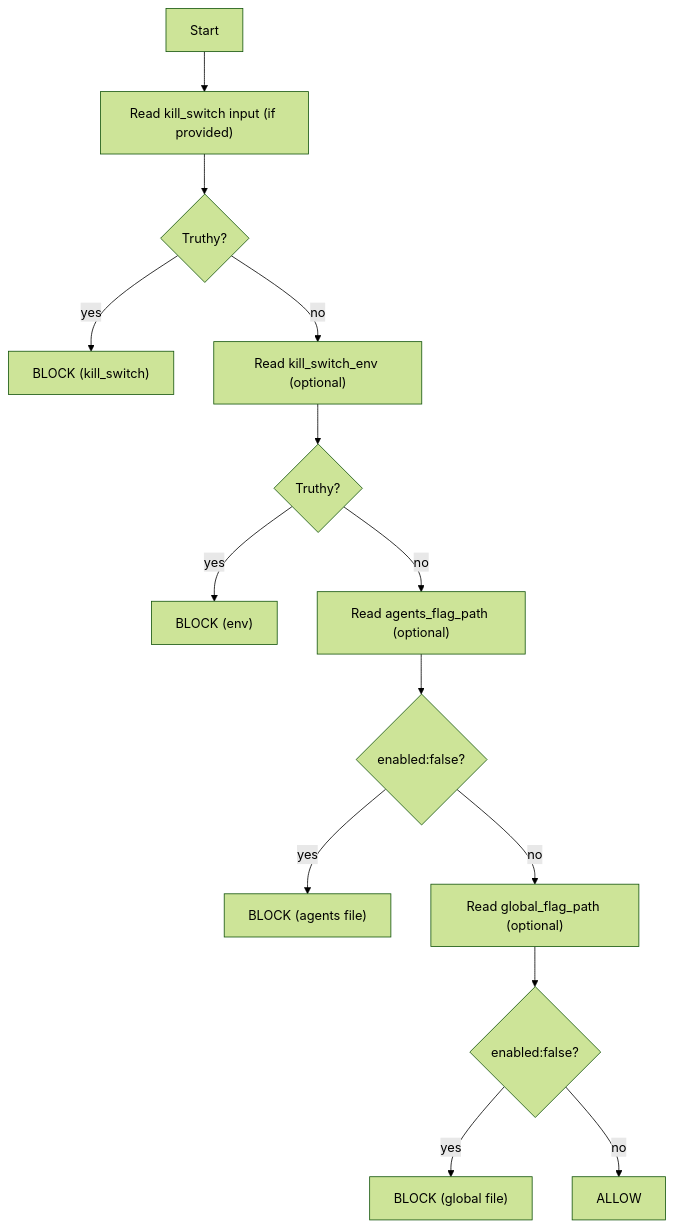
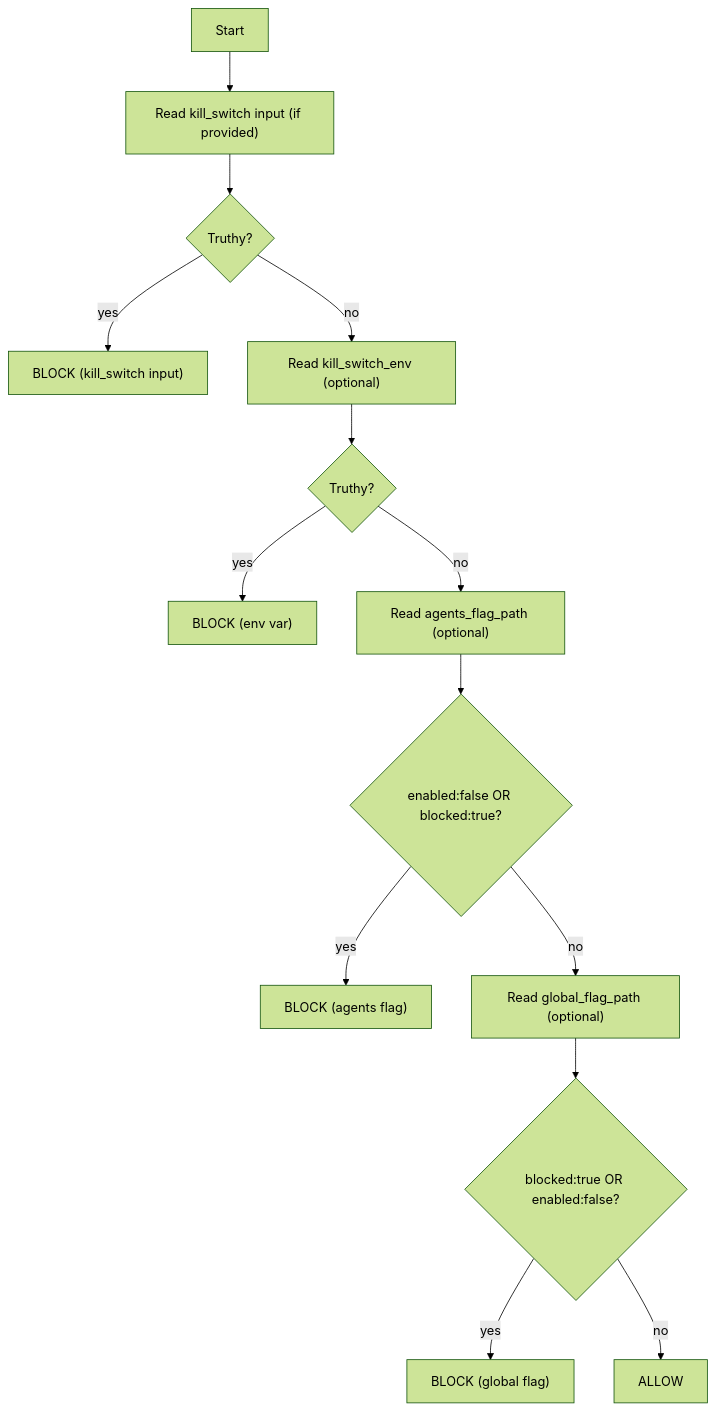
The diagram in .github/actions/check-kill-switch/README.md (bartytime4life/Kansas-Frontier-Matrix), drawn with Mermaid (forest theme) before and after one commit. The commit also changed other lines of this file, not shown here.

First line of the commit message:
Revise README for check-kill-switch action

````diff
--- a/.github/actions/check-kill-switch/README.md
+++ b/.github/actions/check-kill-switch/README.md
@@ -190,16 +223,16 @@
 ```mermaid
 flowchart TD
   A["Start"] --> B["Read kill_switch input (if provided)"]
   B --> C{"Truthy?"}
-  C -->|yes| STOP["BLOCK (kill_switch)"]
+  C -->|yes| STOP["BLOCK (kill_switch input)"]
   C -->|no| D["Read kill_switch_env (optional)"]
   D --> E{"Truthy?"}
-  E -->|yes| STOP2["BLOCK (env)"]
+  E -->|yes| STOP2["BLOCK (env var)"]
   E -->|no| F["Read agents_flag_path (optional)"]
-  F --> G{"enabled:false?"}
-  G -->|yes| STOP3["BLOCK (agents file)"]
+  F --> G{"enabled:false OR blocked:true?"}
+  G -->|yes| STOP3["BLOCK (agents flag)"]
   G -->|no| H["Read global_flag_path (optional)"]
-  H --> I{"enabled:false?"}
-  I -->|yes| STOP4["BLOCK (global file)"]
+  H --> I{"blocked:true OR enabled:false?"}
+  I -->|yes| STOP4["BLOCK (global flag)"]
   I -->|no| OK["ALLOW"]
 ```
````
